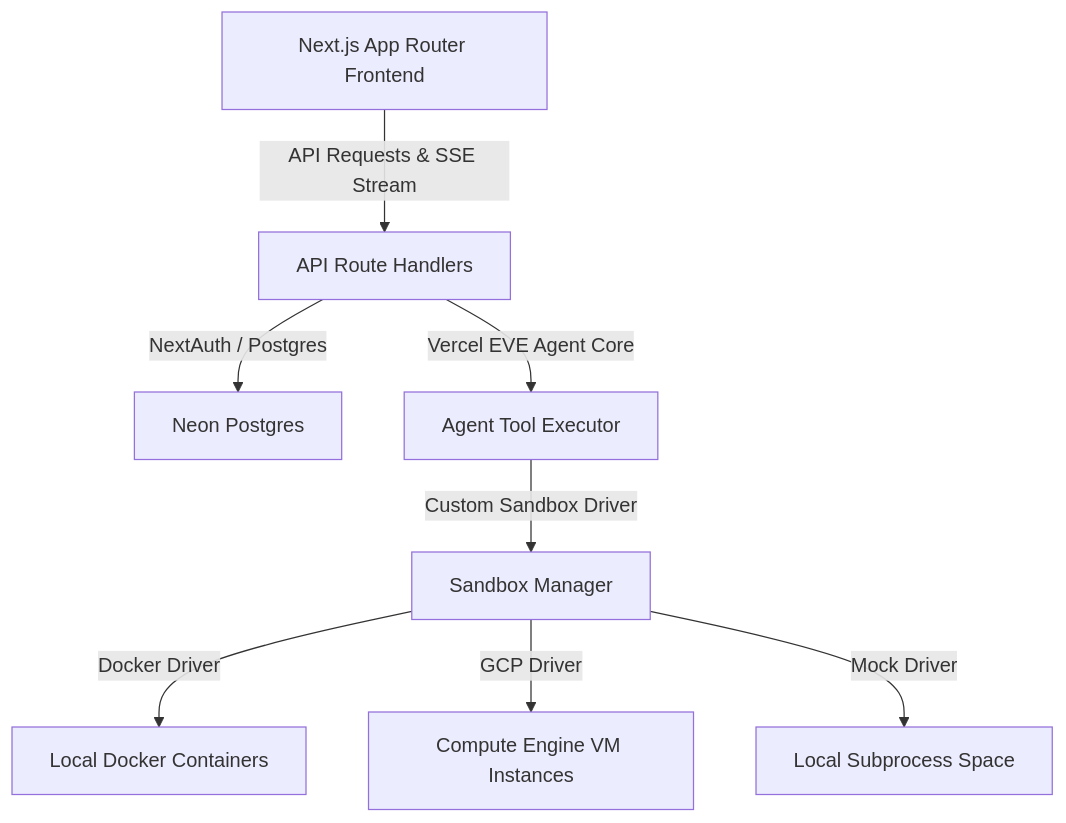
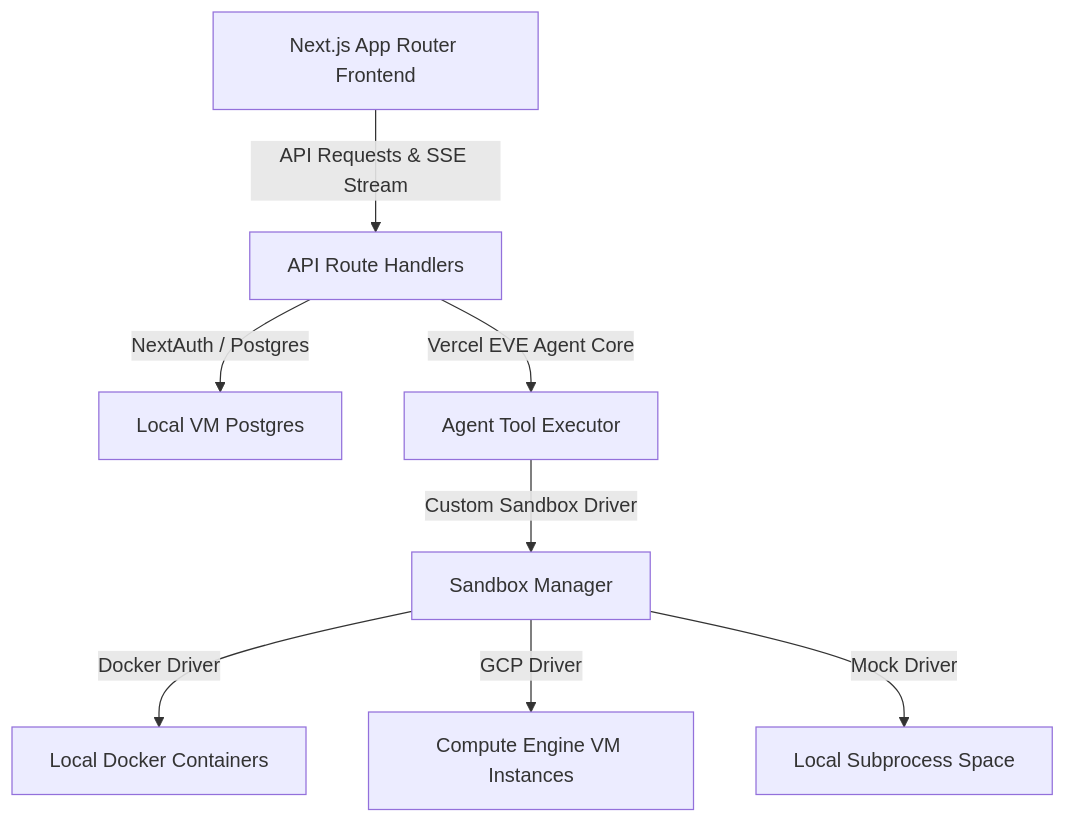
The diagram in README.md (EthanThatOneKid/gcp-computer), drawn with Mermaid before and after one commit. The commit also changed other lines of this file and 6 other files, not shown here.

````diff
--- a/README.md
+++ b/README.md
@@ -13,10 +13,10 @@
 ```mermaid
 graph TD
     A[Next.js App Router Frontend] -->|API Requests & SSE Stream| B[API Route Handlers]
-        B -->|NextAuth / Postgres| C[Neon Postgres]
+        B -->|NextAuth / Postgres| C[Local VM Postgres]
     B -->|Vercel EVE Agent Core| D[Agent Tool Executor]
     D -->|Custom Sandbox Driver| E[Sandbox Manager]
     E -->|Docker Driver| F[Local Docker Containers]
     E -->|GCP Driver| G[Compute Engine VM Instances]
     E -->|Mock Driver| H[Local Subprocess Space]
 ```
````
